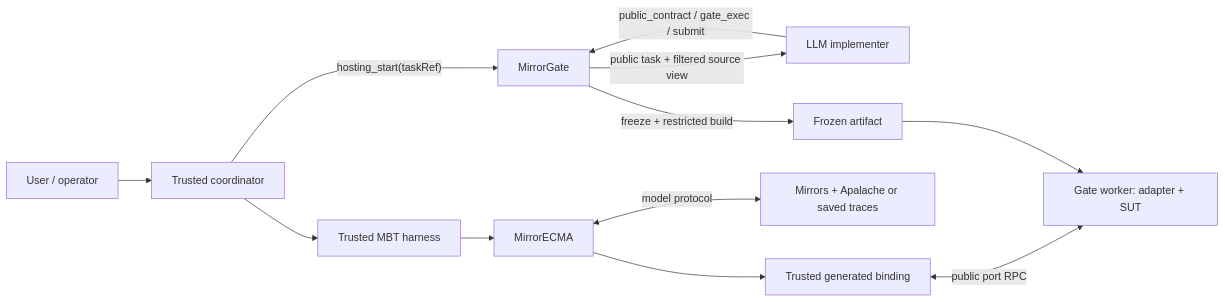
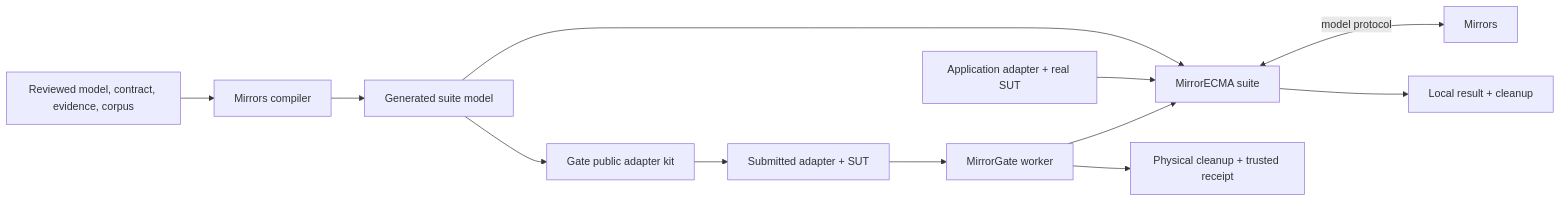
The diagram in Docs/usage-of-mirror-framework.md (NzSN/Mirrors), drawn with Mermaid before and after one commit. The commit also changed other lines of this file and 11 other files, not shown here.

Commit message:
docs: adopt suite-based application integration

````diff
--- a/Docs/usage-of-mirror-framework.md
+++ b/Docs/usage-of-mirror-framework.md
@@ -90,14 +39,14 @@
 ```mermaid
 flowchart LR
-    User["User / operator"] --> Coordinator["Trusted coordinator"]
-    Coordinator -->|"hosting_start(taskRef)"| Gate["MirrorGate"]
-    Gate -->|"public task + filtered source view"| LLM["LLM implementer"]
-    LLM -->|"public_contract / gate_exec / submit"| Gate
-    Gate -->|"freeze + restricted build"| Artifact["Frozen artifact"]
-    Coordinator --> Harness["Trusted MBT harness"]
-    Harness --> ECMA["MirrorECMA"]
-    ECMA <-->|"model protocol"| Mirrors["Mirrors + Apalache or saved traces"]
-    ECMA --> Binding["Trusted generated binding"]
-    Binding <-->|"public port RPC"| Worker["Gate worker: adapter + SUT"]
-    Artifact --> Worker
+  Inputs["Reviewed model, contract, evidence, corpus"] --> Compiler["Mirrors compiler"]
+  Compiler --> Bundle["Generated suite model"]
+  Bundle --> Suite["MirrorECMA suite"]
+  Adapter["Application adapter + real SUT"] --> Suite
+  Suite <-->|"model protocol"| Mirror["Mirrors"]
+  Suite --> Local["Local result + cleanup"]
+  Bundle --> Kit["Gate public adapter kit"]
+  Kit --> Submitted["Submitted adapter + SUT"]
+  Submitted --> Gate["MirrorGate worker"]
+  Gate --> Suite
+  Gate --> Receipt["Physical cleanup + trusted receipt"]
 ```
````
